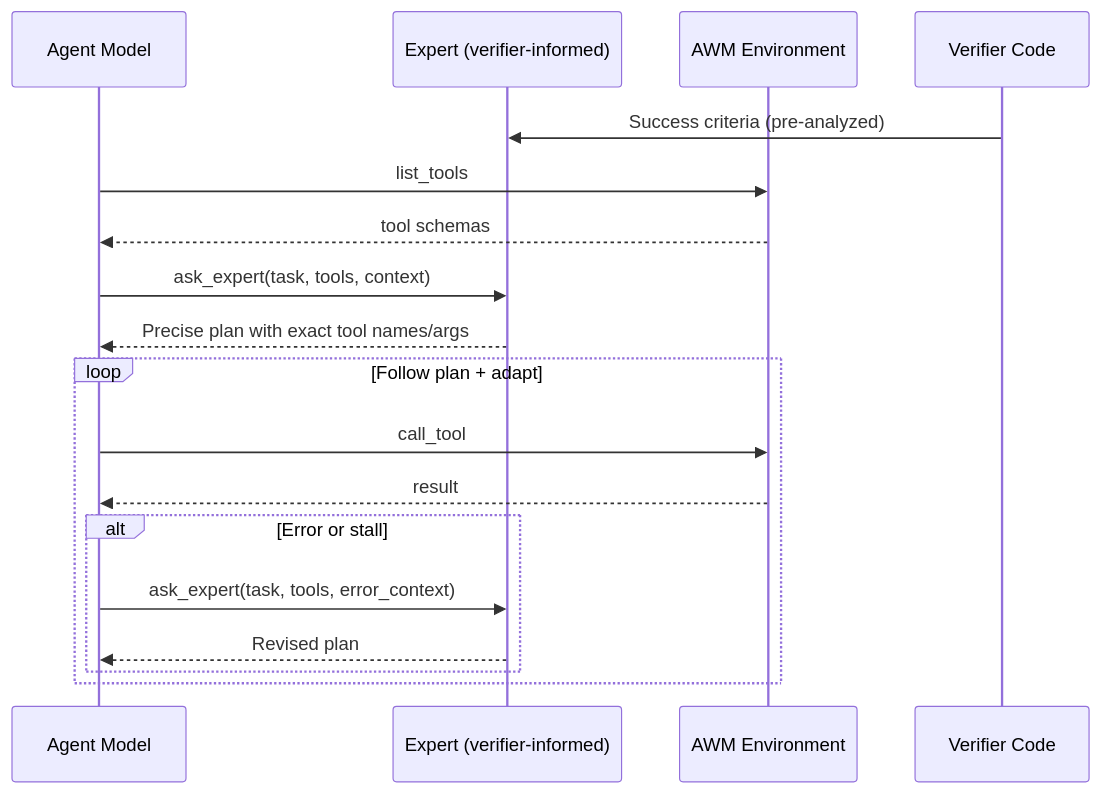
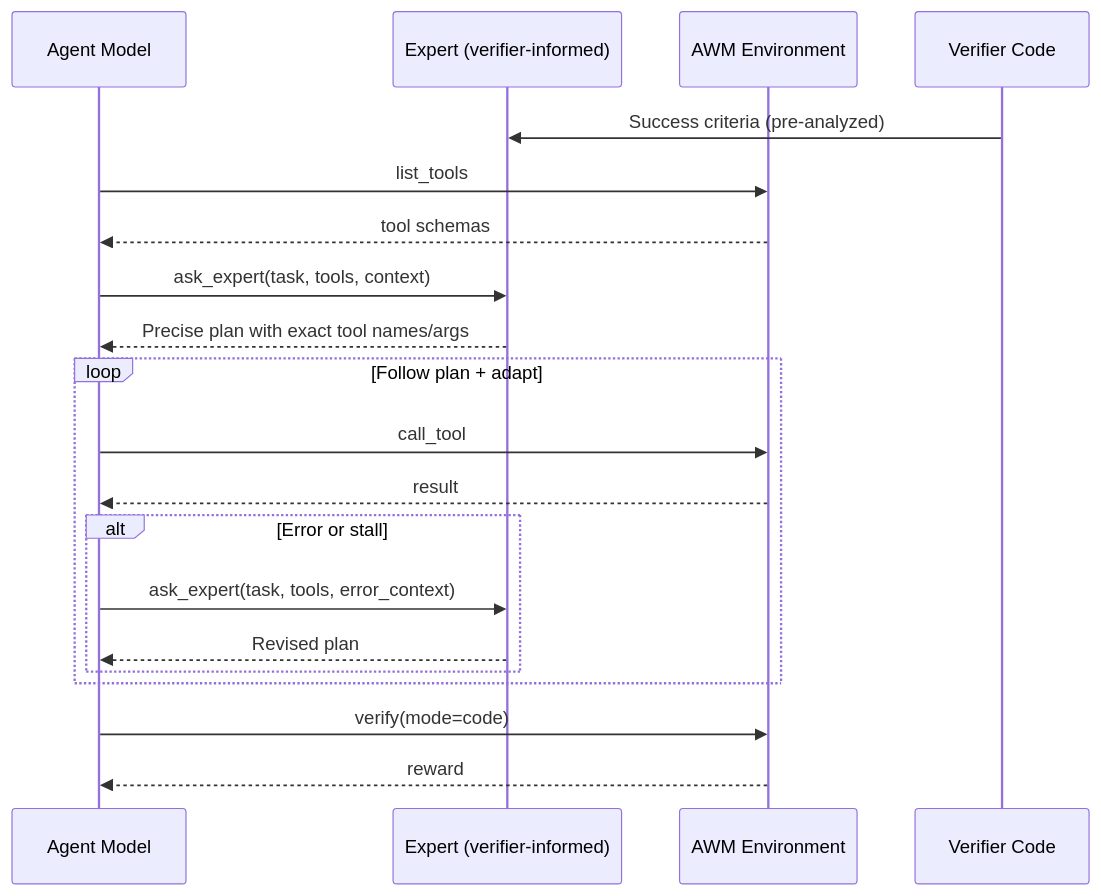
Before and after one commit to meta-pytorch/OpenEnv: the diagram in envs/agent_world_model_env/EXPERT_ENHANCEMENT.md, drawn with Mermaid. The commit also changed other lines of this file and 5 other files, not shown here.

````diff
--- a/envs/agent_world_model_env/EXPERT_ENHANCEMENT.md
+++ b/envs/agent_world_model_env/EXPERT_ENHANCEMENT.md
@@ -173,21 +13,23 @@
 ```mermaid
 sequenceDiagram
     participant Agent as Agent Model
     participant Expert as Expert (verifier-informed)
     participant Env as AWM Environment
     participant Verifier as Verifier Code
 
     Verifier->>Expert: Success criteria (pre-analyzed)
     Agent->>Env: list_tools
     Env-->>Agent: tool schemas
     Agent->>Expert: ask_expert(task, tools, context)
     Expert-->>Agent: Precise plan with exact tool names/args
     loop Follow plan + adapt
         Agent->>Env: call_tool
         Env-->>Agent: result
         alt Error or stall
             Agent->>Expert: ask_expert(task, tools, error_context)
             Expert-->>Agent: Revised plan
         end
     end
+    Agent->>Env: verify(mode=code)
+    Env-->>Agent: reward
 ```
````
